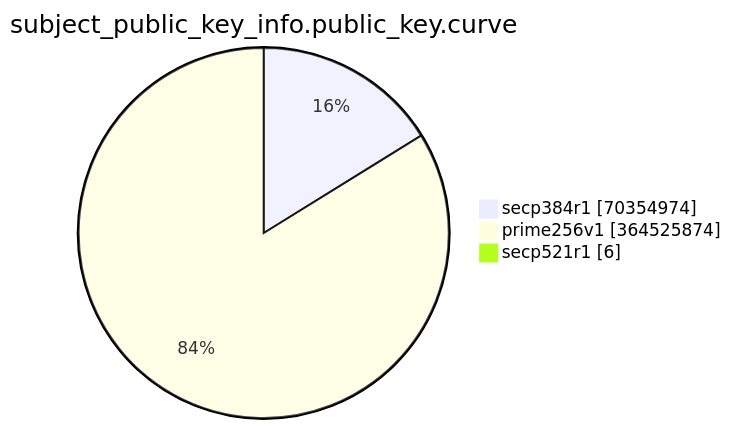
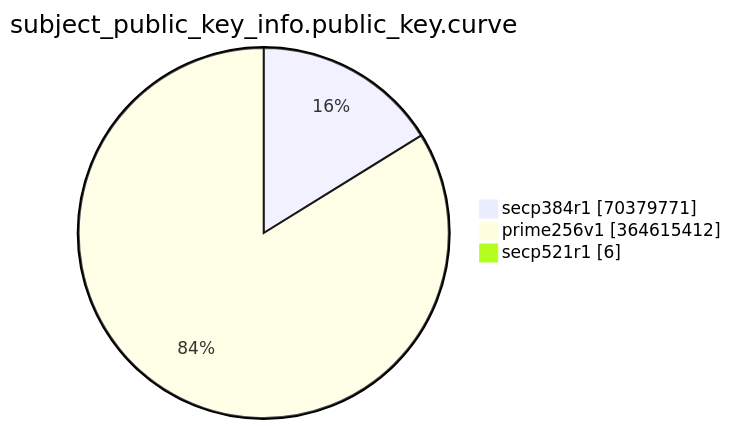
The eighth of 15 diagrams in TOTAL/README.md (christiankrug/ctmonitor_visualization), drawn with Mermaid before and after one commit. The commit also changed other lines of this file, not shown here.

````diff
--- a/TOTAL/README.md
+++ b/TOTAL/README.md
@@ -3091,7 +3091,7 @@
 ```mermaid
 pie showData
 title subject_public_key_info.public_key.curve
-"secp384r1" :70354974
-"prime256v1" :364525874
+"secp384r1" :70379771
+"prime256v1" :364615412
 "secp521r1" :6
 ```
````
